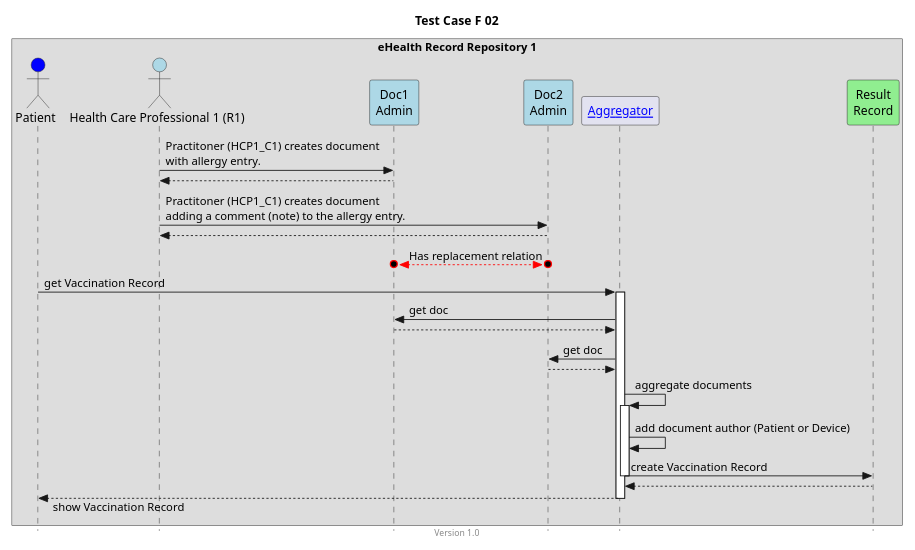
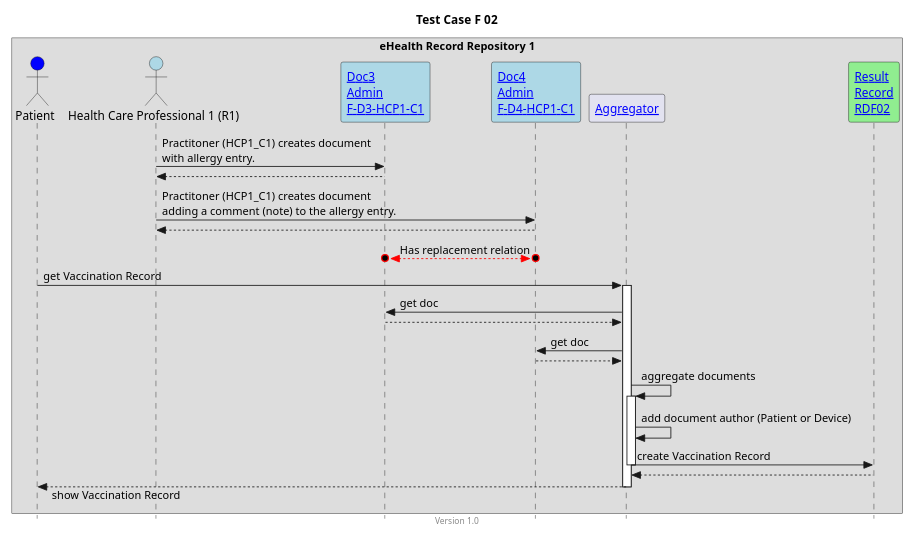
The diagram in input/images-source/TCF02.plantuml (hl7ch/ch-vacd), drawn with PlantUML before and after one commit. The commit also changed 27 other files, not shown here.

Commit message:
add links to TC diagrams and links on different places to serve better informations to users #354

```diff
--- a/input/images-source/TCF02.plantuml
+++ b/input/images-source/TCF02.plantuml
@@ -1,46 +1,45 @@
 @startuml
 title Test Case F 02
 footer Version 1.0
 skinparam responseMessageBelowArrow true
 skinparam style strictuml
 scale max 800 width
 
-
 box "eHealth Record Repository 1"
 actor "Patient" as PAT #blue
 actor "Health Care Professional 1 (R1)" as HCP1_C1 #lightblue
-participant "Doc1\nAdmin" as Doc1 #lightblue
-participant "Doc2\nAdmin" as Doc2 #lightblue
+participant "[[Bundle-F-D3-HCP1-C1.html Doc3\nAdmin\nF-D3-HCP1-C1]]" as Doc3 #lightblue
+participant "[[Bundle-F-D4-HCP1-C1.html Doc4\nAdmin\nF-D4-HCP1-C1]]" as Doc4 #lightblue
 participant "[[aggregator.html Aggregator]]" as AGG
-participant "Result\nRecord" as RES #lightgreen
+participant "[[Bundle-RDF02.html Result\nRecord\nRDF02]]" as RES #lightgreen
 end box
 
-HCP1_C1 -> Doc1: Practitoner (HCP1_C1) creates document\nwith allergy entry.
-HCP1_C1 <-- Doc1
+HCP1_C1 -> Doc3: Practitoner (HCP1_C1) creates document\nwith allergy entry.
+HCP1_C1 <-- Doc3
 
-HCP1_C1 -> Doc2: Practitoner (HCP1_C1) creates document\nadding a comment (note) to the allergy entry.
-HCP1_C1 <-- Doc2
+HCP1_C1 -> Doc4: Practitoner (HCP1_C1) creates document\nadding a comment (note) to the allergy entry.
+HCP1_C1 <-- Doc4
 
-Doc2 o<-[#red]->o Doc1: Has replacement relation
+Doc4 o<-[#red]->o Doc3: Has replacement relation
 
 PAT -> AGG: get Vaccination Record
 activate AGG
 
-AGG -> Doc1: get doc
-AGG <-- Doc1
+AGG -> Doc3: get doc
+AGG <-- Doc3
 
-AGG -> Doc2: get doc
-AGG <-- Doc2
+AGG -> Doc4: get doc
+AGG <-- Doc4
  
 AGG -> AGG: aggregate documents 
 activate AGG
 AGG -> AGG: add document author (Patient or Device)
 AGG -> RES: create Vaccination Record
 deactivate AGG
 AGG <-- RES
 
 PAT <-- AGG: show Vaccination Record
 deactivate AGG
 
 
 @enduml
```
